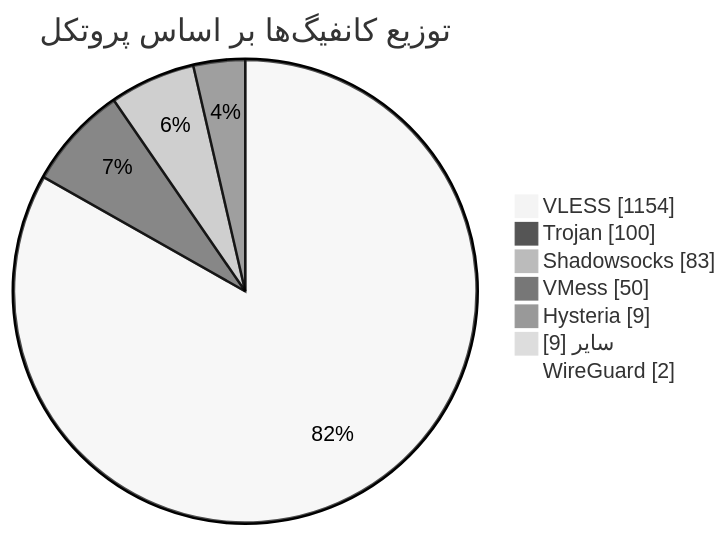
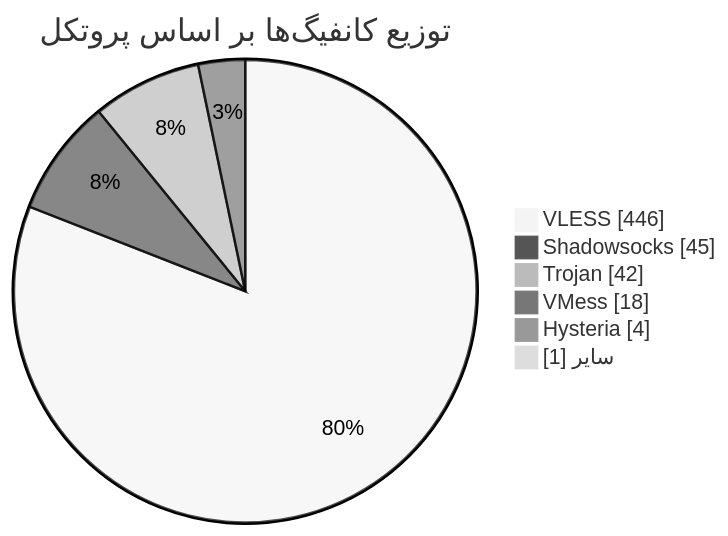
The diagram in README.md (Arian-Alijani/Somthing), drawn with Mermaid (neutral theme) before and after one commit. The commit also changed other lines of this file and 111 other files, not shown here.

````diff
--- a/README.md
+++ b/README.md
@@ -49,11 +48,10 @@
 ```mermaid
 pie showData
     title توزیع کانفیگ‌ها بر اساس پروتکل
-    "VLESS" : 1154
-    "Trojan" : 100
-    "Shadowsocks" : 83
-    "VMess" : 50
-    "Hysteria" : 9
-    "سایر" : 9
-    "WireGuard" : 2
+    "VLESS" : 446
+    "Shadowsocks" : 45
+    "Trojan" : 42
+    "VMess" : 18
+    "Hysteria" : 4
+    "سایر" : 1
 ```
````
